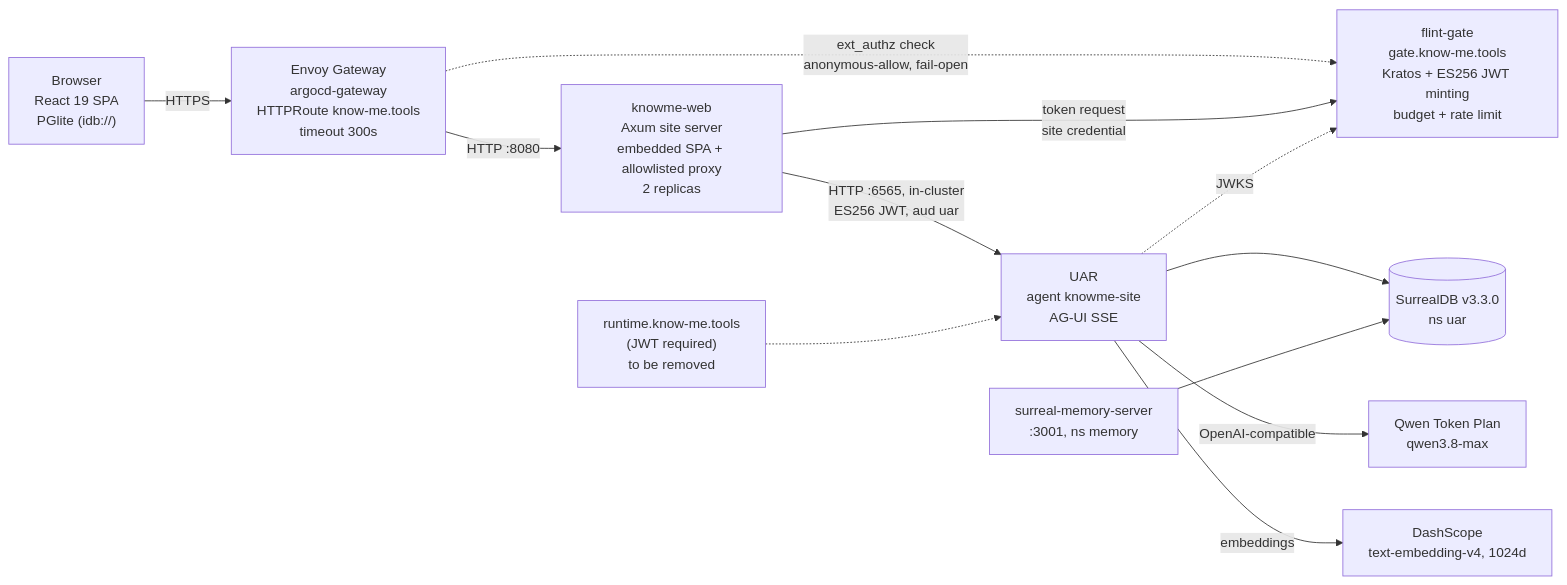
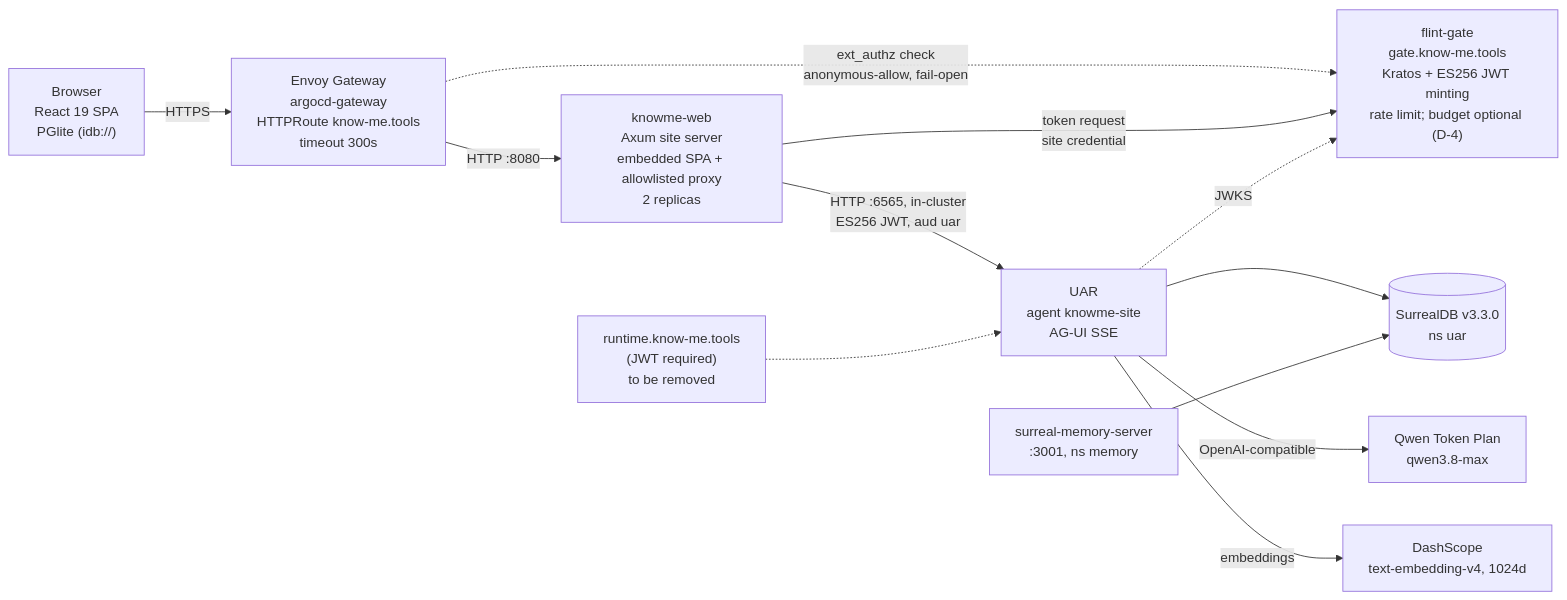
One commit to Know-Me-Tools/charcoal-agent changed the diagram in docs/agent-led-site/agent-led-site.md. Above: the diagram before and after it, drawn with Mermaid. The commit also changed other lines of this file and 127 other files, not shown here.

````diff
--- a/docs/agent-led-site/agent-led-site.md
+++ b/docs/agent-led-site/agent-led-site.md
@@ -403,14 +408,14 @@
 ```mermaid
 flowchart LR
   B["Browser<br/>React 19 SPA<br/>PGlite (idb://)"] -->|HTTPS| G["Envoy Gateway<br/>argocd-gateway<br/>HTTPRoute know-me.tools<br/>timeout 300s"]
-  G -.->|"ext_authz check<br/>anonymous-allow, fail-open"| F["flint-gate<br/>gate.know-me.tools<br/>Kratos + ES256 JWT minting<br/>budget + rate limit"]
+  G -.->|"ext_authz check<br/>anonymous-allow, fail-open"| F["flint-gate<br/>gate.know-me.tools<br/>Kratos + ES256 JWT minting<br/>rate limit; budget optional (D-4)"]
   G -->|HTTP :8080| W["knowme-web<br/>Axum site server<br/>embedded SPA + allowlisted proxy<br/>2 replicas"]
   W -->|"token request<br/>site credential"| F
   W -->|"HTTP :6565, in-cluster<br/>ES256 JWT, aud uar"| U["UAR<br/>agent knowme-site<br/>AG-UI SSE"]
   U -.->|"JWKS"| F
   U --> S[("SurrealDB v3.3.0<br/>ns uar")]
   M["surreal-memory-server<br/>:3001, ns memory"] --> S
   U -->|"OpenAI-compatible"| Q["Qwen Token Plan<br/>qwen3.8-max"]
   U -->|"embeddings"| D["DashScope<br/>text-embedding-v4, 1024d"]
   R["runtime.know-me.tools<br/>(JWT required)<br/>to be removed"] -.-> U
 ```
````
